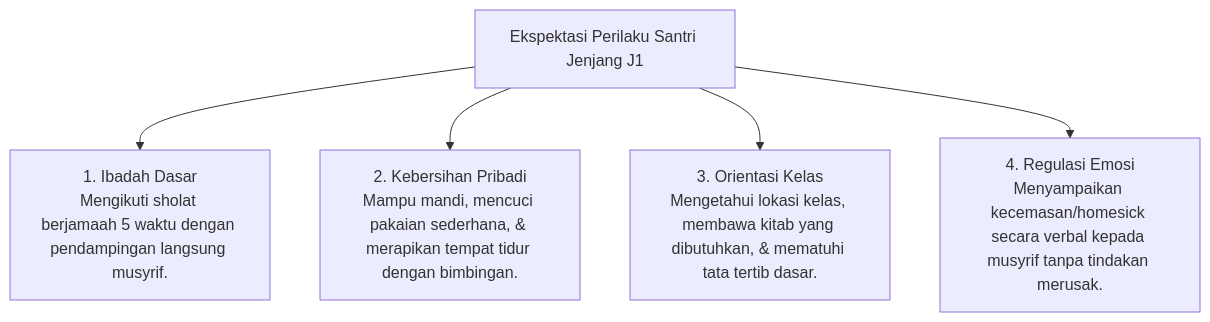
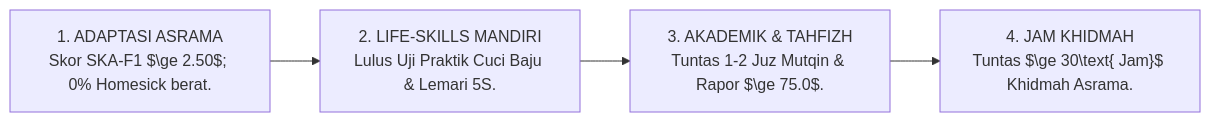
Before and after one commit to wandiapriliyandi/tumbuh: the seventh of 7 diagrams in 04 Progression Framework/02 Development Levels/P4-02-01-Jenjang-J1-Adaptasi-dan-Orientasi.md, drawn with Mermaid. The commit also changed other lines of this file and 7 other files, not shown here.

````diff
--- a/04 Progression Framework/02 Development Levels/P4-02-01-Jenjang-J1-Adaptasi-dan-Orientasi.md
+++ b/04 Progression Framework/02 Development Levels/P4-02-01-Jenjang-J1-Adaptasi-dan-Orientasi.md
@@ -20,8 +198,7 @@
 ```mermaid
-graph TD
-    T1_Expect["Ekspektasi Perilaku Santri Jenjang J1"]
-    T1_Expect --> Worship["1. Ibadah Dasar<br/>Mengikuti sholat berjamaah 5 waktu dengan pendampingan langsung musyrif."]
-    T1_Expect --> Personal["2. Kebersihan Pribadi<br/>Mampu mandi, mencuci pakaian sederhana, & merapikan tempat tidur dengan bimbingan."]
-    T1_Expect --> Academic["3. Orientasi Kelas<br/>Mengetahui lokasi kelas, membawa kitab yang dibutuhkan, & mematuhi tata tertib dasar."]
-    T1_Expect --> Emotional["4. Regulasi Emosi<br/>Menyampaikan kecemasan/homesick secara verbal kepada musyrif tanpa tindakan merusak."]
+flowchart LR
+    G1["1. ADAPTASI ASRAMA<br/>Skor SKA-F1 $\ge 2.50$; 0% Homesick berat."]
+    --> G2["2. LIFE-SKILLS MANDIRI<br/>Lulus Uji Praktik Cuci Baju & Lemari 5S."]
+    --> G3["3. AKADEMIK & TAHFIZH<br/>Tuntas 1-2 Juz Mutqin & Rapor $\ge 75.0$."]
+    --> G4["4. JAM KHIDMAH<br/>Tuntas $\ge 30\text{ Jam}$ Khidmah Asrama."]
 ```
````
